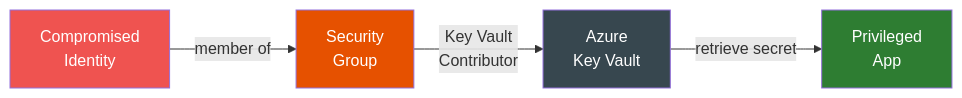
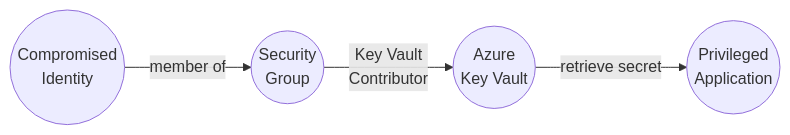
The third of 3 diagrams in docs/attack-paths/keyvault-secret-theft.md (mvelazc0/BadZure), drawn with Mermaid before and after one commit. The commit also changed other lines of this file and 5 other files, not shown here.

Commit message:
improving documentation graphs

````diff
--- a/docs/attack-paths/keyvault-secret-theft.md
+++ b/docs/attack-paths/keyvault-secret-theft.md
@@ -64,11 +66,6 @@
     ``` mermaid
     graph LR
-        U["Compromised<br/>Identity"] -->|"member of"| G["Security<br/>Group"]
-        G -->|"Key Vault<br/>Contributor"| KV["Azure<br/>Key Vault"]
-        KV -->|"retrieve secret"| APP["Privileged<br/>App"]
-
-        style U fill:#ef5350,color:#fff
-        style G fill:#e65100,color:#fff
-        style KV fill:#37474f,color:#fff
-        style APP fill:#2e7d32,color:#fff
+        U(("Compromised<br/>Identity")) -->|"member of"| G(("Security<br/>Group"))
+        G -->|"Key Vault<br/>Contributor"| KV(("Azure<br/>Key Vault"))
+        KV -->|"retrieve secret"| APP(("Privileged<br/>Application"))
     ```
````
